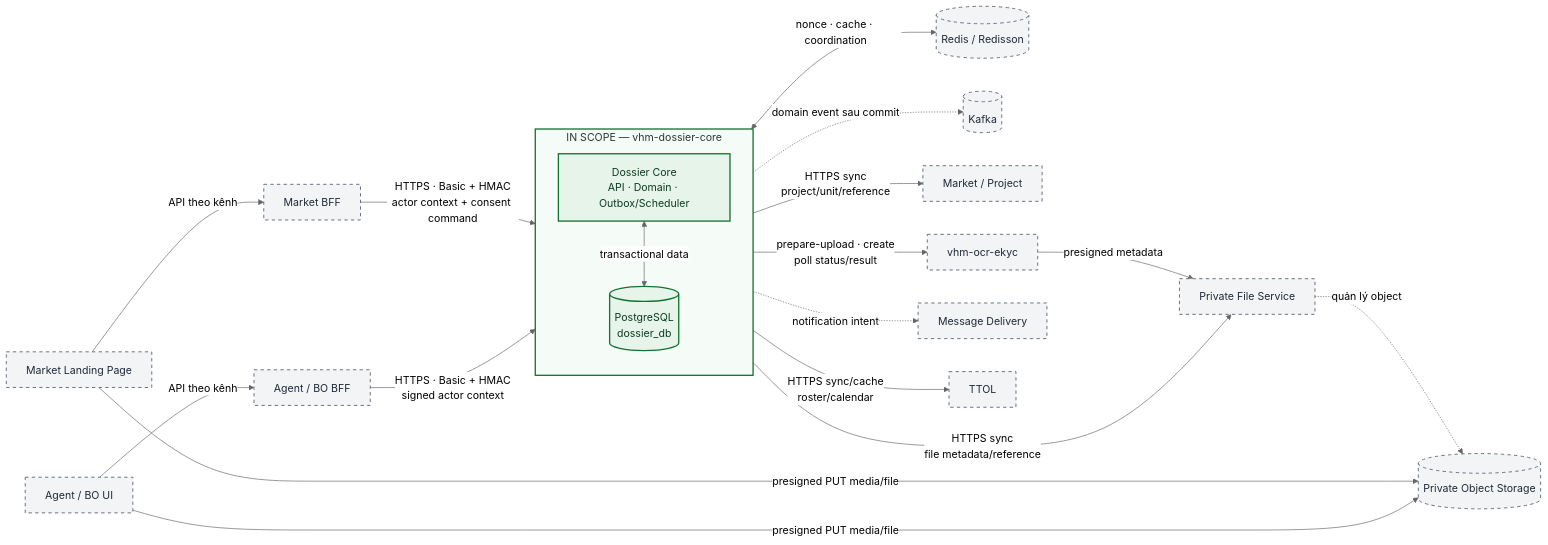
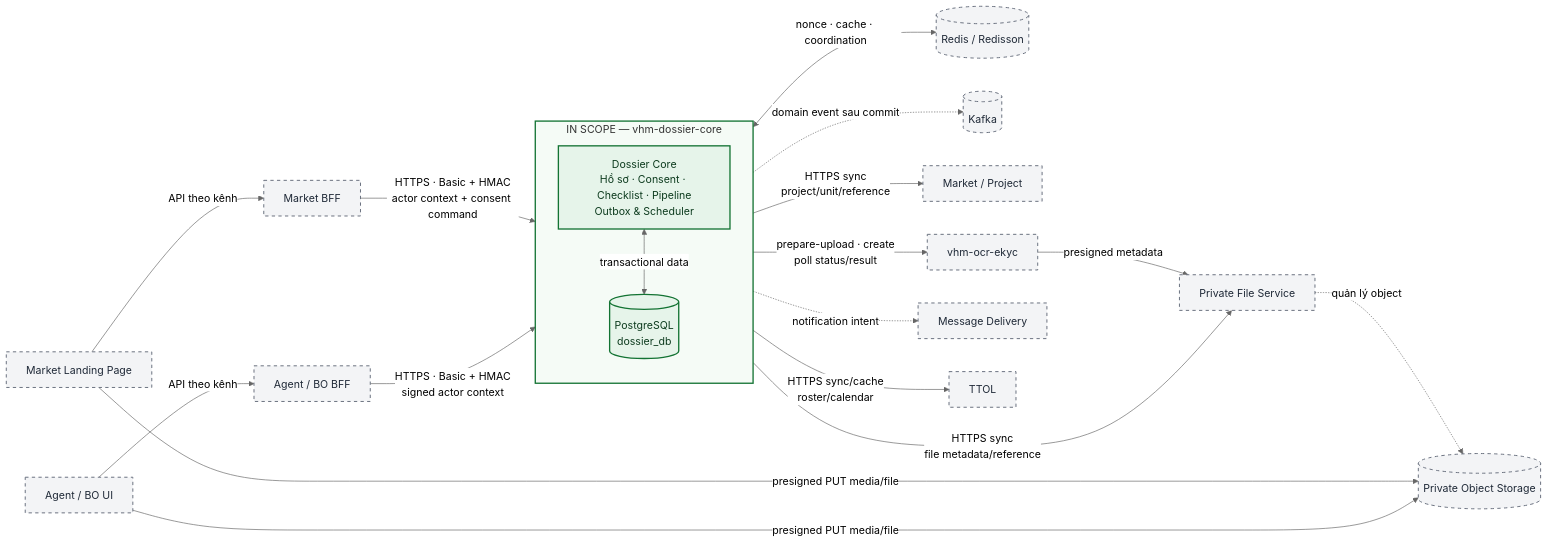
Before and after one commit to huynv-xyz/vhm: the fourth of 16 diagrams in tdd-dossier.md, drawn with Mermaid (neutral theme). The commit also changed other lines of this file, not shown here.

````diff
--- a/tdd-dossier.md
+++ b/tdd-dossier.md
@@ -533,46 +522,46 @@
 ```mermaid
 flowchart LR
     classDef inScope fill:#E6F4EA,stroke:#137333,stroke-width:2px,color:#0D3B1E
     classDef external fill:#F3F4F6,stroke:#6B7280,stroke-width:1.5px,stroke-dasharray:5 5,color:#1F2937
 
     LANDING[Market Landing Page]
     MARKET[Market BFF]
     CHANNEL[Agent / BO UI]
     AGENT[Agent / BO BFF]
 
     subgraph SCOPE[IN SCOPE — vhm-dossier-core]
         direction TB
-        CORE[Dossier Core<br/>API · Domain · Outbox/Scheduler]
+        CORE[Dossier Core<br/>Hồ sơ · Consent · Checklist · Pipeline<br/>Outbox & Scheduler]
         DB[(PostgreSQL<br/>dossier_db)]
         CORE <-->|transactional data| DB
     end
 
     REDIS[(Redis / Redisson)]
     KAFKA[(Kafka)]
     FILE[Private File Service]
     STORE[(Private Object Storage)]
     PROJECT[Market / Project]
     OCR[vhm-ocr-ekyc]
     MSG[Message Delivery]
     TTOL[TTOL]
 
     LANDING -->|API theo kênh| MARKET
     CHANNEL -->|API theo kênh| AGENT
     MARKET -->|HTTPS · Basic + HMAC<br/>actor context + consent command| CORE
     AGENT -->|HTTPS · Basic + HMAC<br/>signed actor context| CORE
     CORE <-->|nonce · cache · coordination| REDIS
     CORE -.->|domain event sau commit| KAFKA
     CORE -->|HTTPS sync<br/>file metadata/reference| FILE
     CORE -->|HTTPS sync<br/>project/unit/reference| PROJECT
     CORE -->|prepare-upload · create<br/>poll status/result| OCR
     OCR -->|presigned metadata| FILE
     FILE -.->|quản lý object| STORE
     LANDING -->|presigned PUT media/file| STORE
     CHANNEL -->|presigned PUT media/file| STORE
     CORE -.->|notification intent| MSG
     CORE -->|HTTPS sync/cache<br/>roster/calendar| TTOL
 
     class CORE,DB inScope
     class LANDING,MARKET,CHANNEL,AGENT,REDIS,KAFKA,FILE,STORE,PROJECT,OCR,MSG,TTOL external
     style SCOPE fill:#F5FBF6,stroke:#137333,stroke-width:2px
 ```
````
